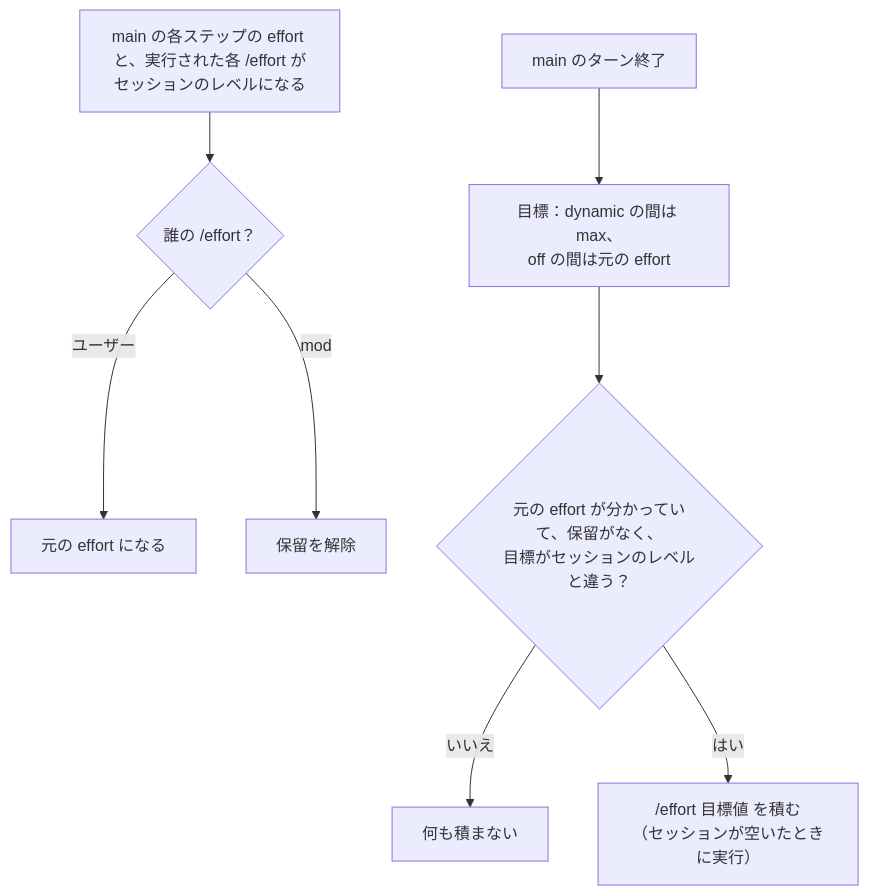
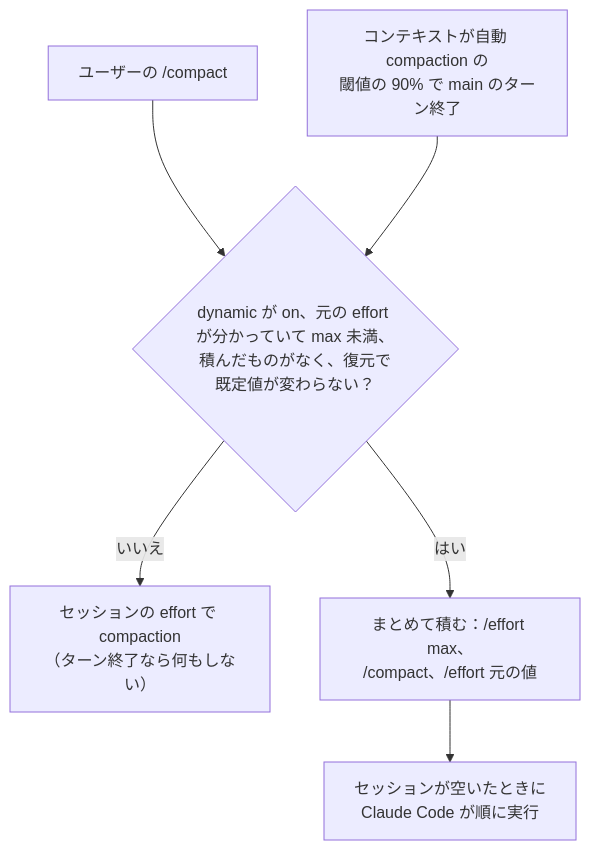
Before and after one commit to kkkaoru/dotfiles: the third of 3 diagrams in tools/claude-dynamic-effort/README-ja.md, drawn with Mermaid. The commit also changed other lines of this file and 3 other files, not shown here.

First line of the commit message:
fix(claude-dynamic-effort): raise effort to max only for one compaction

````diff
--- a/tools/claude-dynamic-effort/README-ja.md
+++ b/tools/claude-dynamic-effort/README-ja.md
@@ -132,10 +129,8 @@
 ```mermaid
 flowchart TD
-  observe["main の各ステップの effort と、実行された各 /effort が<br/>セッションのレベルになる"] --> who{"誰の /effort？"}
-  who -- "ユーザー" --> orig["元の effort になる"]
-  who -- "mod" --> clear["保留を解除"]
-  turnend["main のターン終了"] --> desired["目標：dynamic の間は max、<br/>off の間は元の effort"]
-  desired --> check{"元の effort が分かっていて、保留がなく、<br/>目標がセッションのレベルと違う？"}
-  check -- いいえ --> done["何も積まない"]
-  check -- はい --> queue["/effort 目標値 を積む<br/>（セッションが空いたときに実行）"]
+  manual["ユーザーの /compact"] --> gate{"dynamic が on、元の effort が分かっていて max 未満、<br/>積んだものがなく、復元で既定値が変わらない？"}
+  turnend["コンテキストが自動 compaction の<br/>閾値の 90% で main のターン終了"] --> gate
+  gate -- いいえ --> plain["セッションの effort で compaction<br/>（ターン終了なら何もしない）"]
+  gate -- はい --> queue["まとめて積む：/effort max、<br/>/compact、/effort 元の値"]
+  queue --> runs["セッションが空いたときに<br/>Claude Code が順に実行"]
 ```
````
